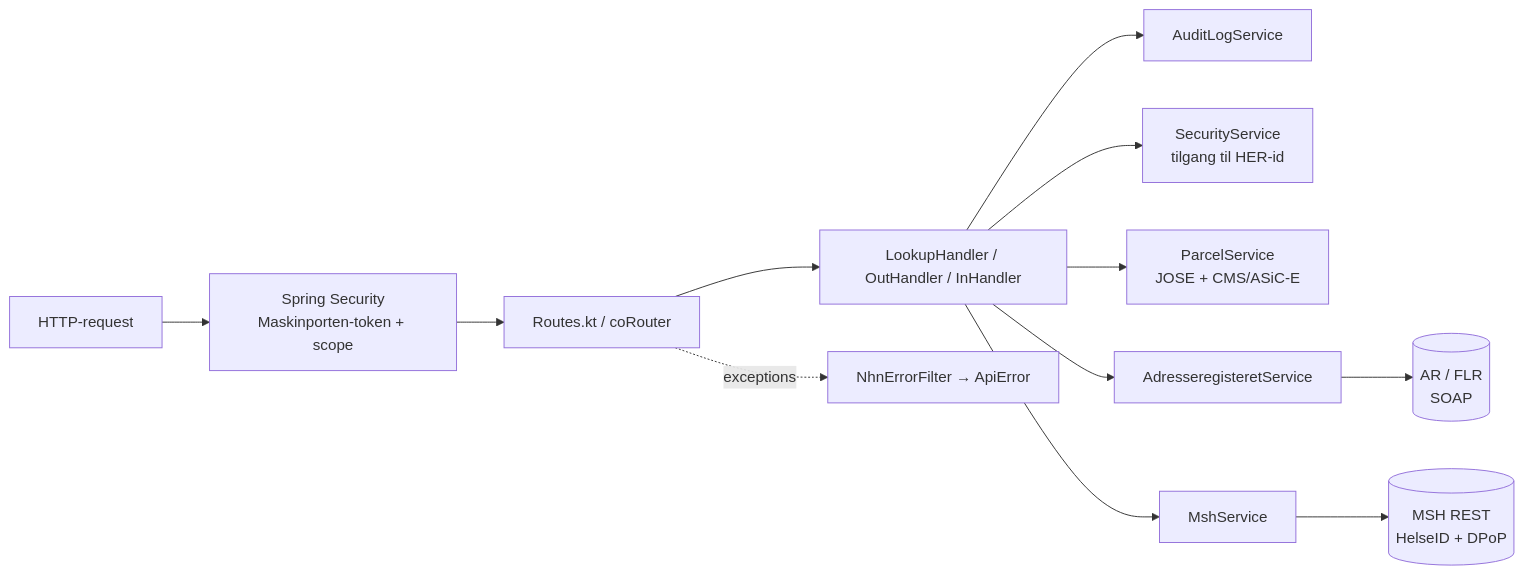
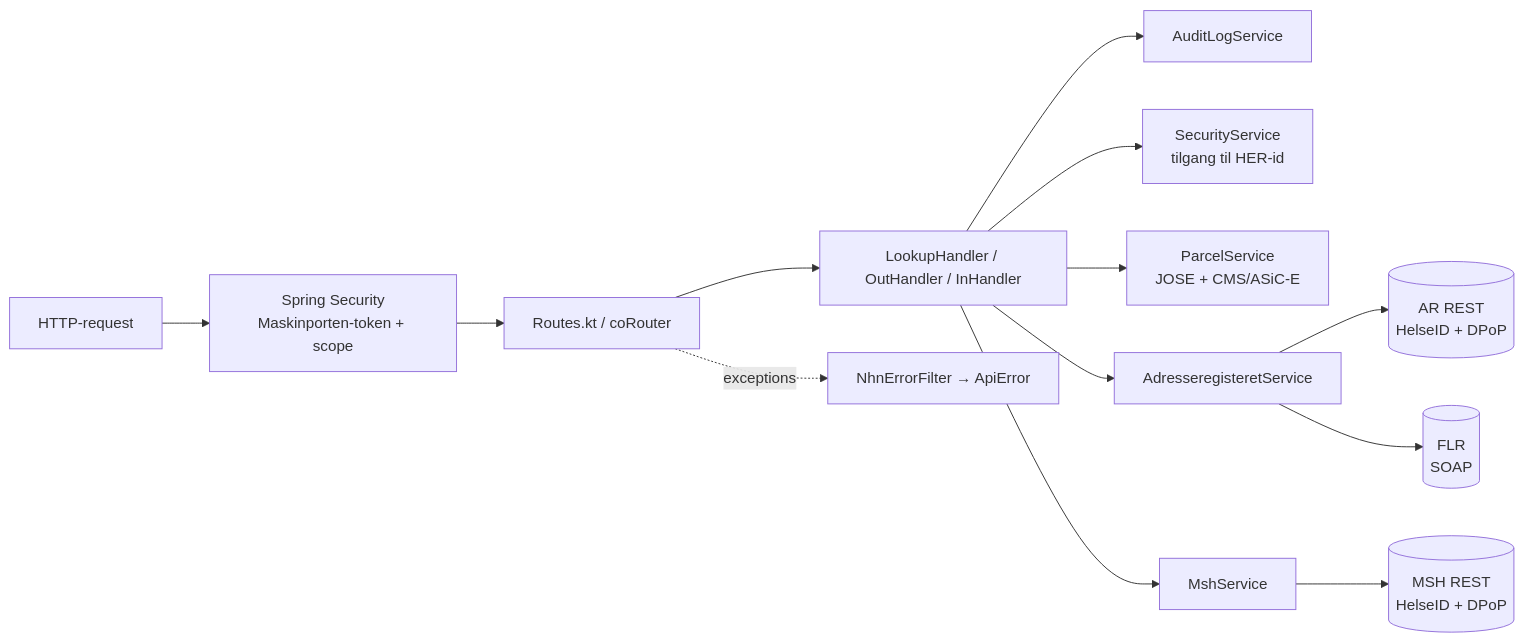
Before and after one commit to felleslosninger/efm-nhn-adapter: the second of 5 diagrams in README.md, drawn with Mermaid. The commit also changed other lines of this file and 21 other files, not shown here.

````diff
--- a/README.md
+++ b/README.md
@@ -130,14 +130,15 @@
 ```mermaid
 flowchart LR
     Req[HTTP-request] --> Sec[Spring Security<br/>Maskinporten-token + scope]
     Sec --> Router[Routes.kt / coRouter]
     Router --> Handler[LookupHandler / OutHandler / InHandler]
     Handler --> Audit[AuditLogService]
     Handler --> SecSvc[SecurityService<br/>tilgang til HER-id]
     Handler --> Parcel[ParcelService<br/>JOSE + CMS/ASiC-E]
     Handler --> ArSvc[AdresseregisteretService]
     Handler --> Msh[MshService]
-    ArSvc --> AR[(AR / FLR<br/>SOAP)]
+    ArSvc --> AR[(AR REST<br/>HelseID + DPoP)]
+    ArSvc --> FLR[(FLR<br/>SOAP)]
     Msh --> MSH[(MSH REST<br/>HelseID + DPoP)]
     Router -. exceptions .-> Err[NhnErrorFilter → ApiError]
 ```
````
